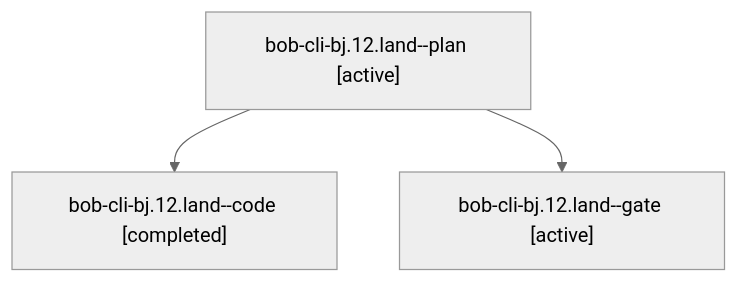
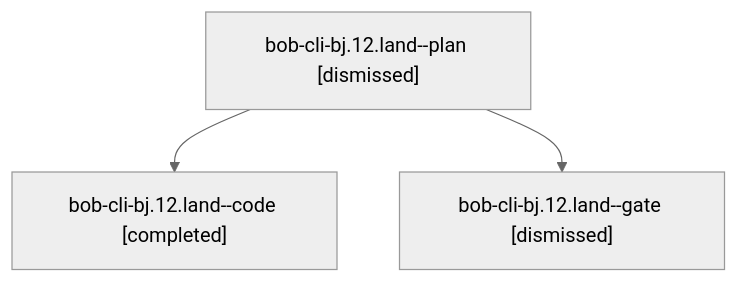
One commit to bobs-org/bob-cli--agents changed the diagram in sessions/bbugyi200.apollo.bob-cli-bj.12.land.md. Above: the diagram before and after it, drawn with Mermaid (neutral theme). The commit also changed other lines of this file and 214 other files, not shown here.

````diff
--- a/sessions/bbugyi200.apollo.bob-cli-bj.12.land.md
+++ b/sessions/bbugyi200.apollo.bob-cli-bj.12.land.md
@@ -9,8 +9,8 @@
 ```mermaid
 flowchart TD
-  n0["bob-cli-bj.12.land--plan [active]"]
+  n0["bob-cli-bj.12.land--plan [dismissed]"]
   n1["bob-cli-bj.12.land--code [completed]"]
   n0 --> n1
-  n2["bob-cli-bj.12.land--gate [active]"]
+  n2["bob-cli-bj.12.land--gate [dismissed]"]
   n0 --> n2
 ```
````
